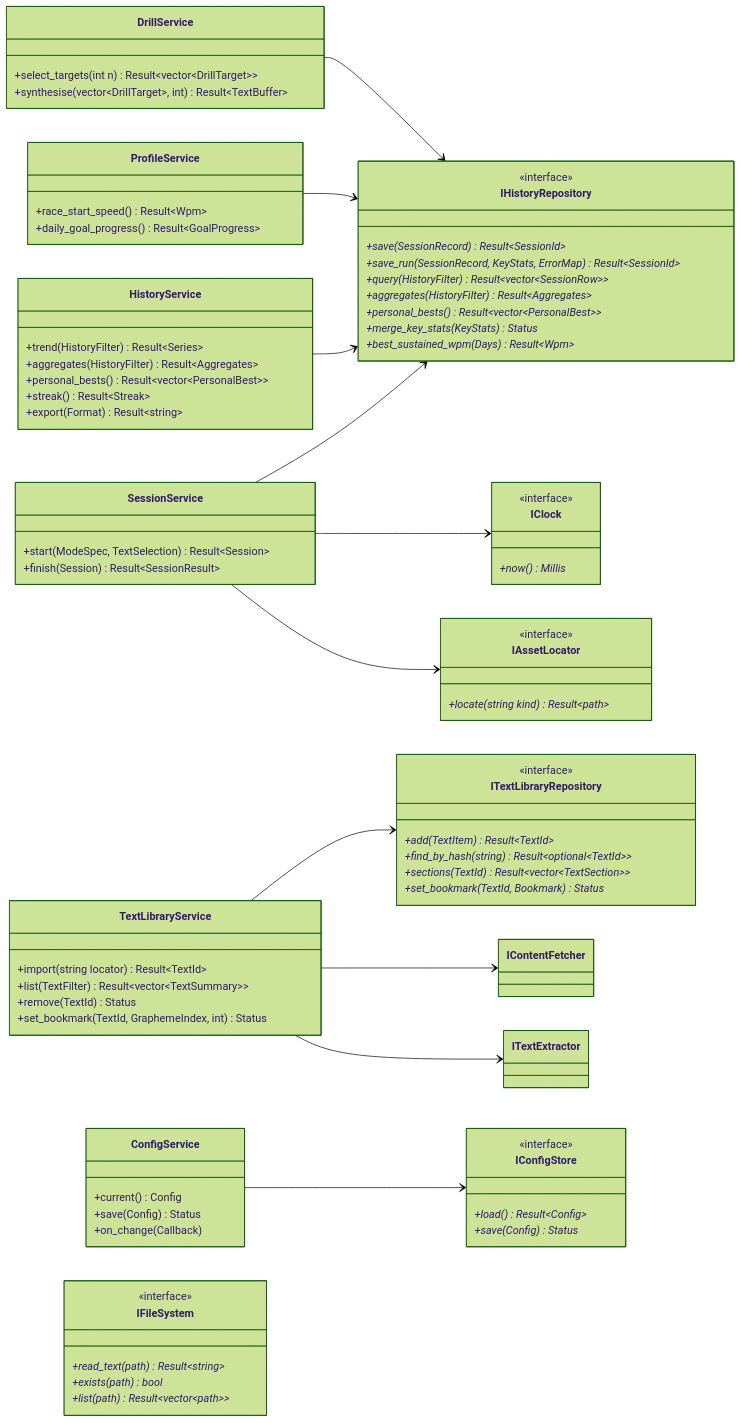
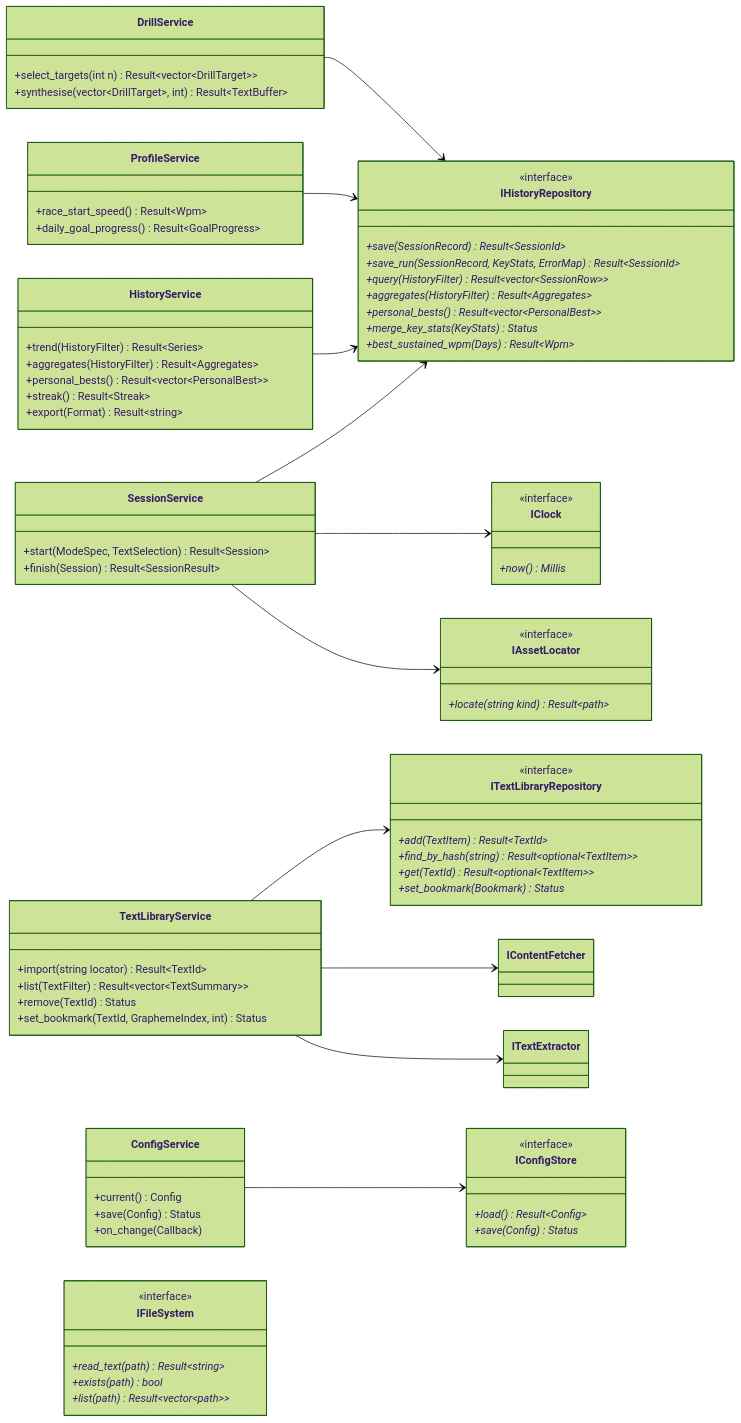
The seventh of 30 diagrams in docs/DIAGRAMS.md (KriZa96/TypeIt), drawn with Mermaid (forest theme) before and after one commit. The commit also changed other lines of this file and 27 other files, not shown here.

First line of the commit message:
feat(infra): sections on disk, and what a text remembers about getting here (TX-006)

```diff
--- a/docs/DIAGRAMS.md
+++ b/docs/DIAGRAMS.md
@@ -461,9 +461,9 @@
     class ITextLibraryRepository {
         <<interface>>
         +add(TextItem) Result~TextId~*
-        +find_by_hash(string) Result~optional~TextId~~*
-        +sections(TextId) Result~vector~TextSection~~*
-        +set_bookmark(TextId, Bookmark) Status*
+        +find_by_hash(string) Result~optional~TextItem~~*
+        +get(TextId) Result~optional~TextItem~~*
+        +set_bookmark(Bookmark) Status*
     }
     class IConfigStore {
         <<interface>>
```
